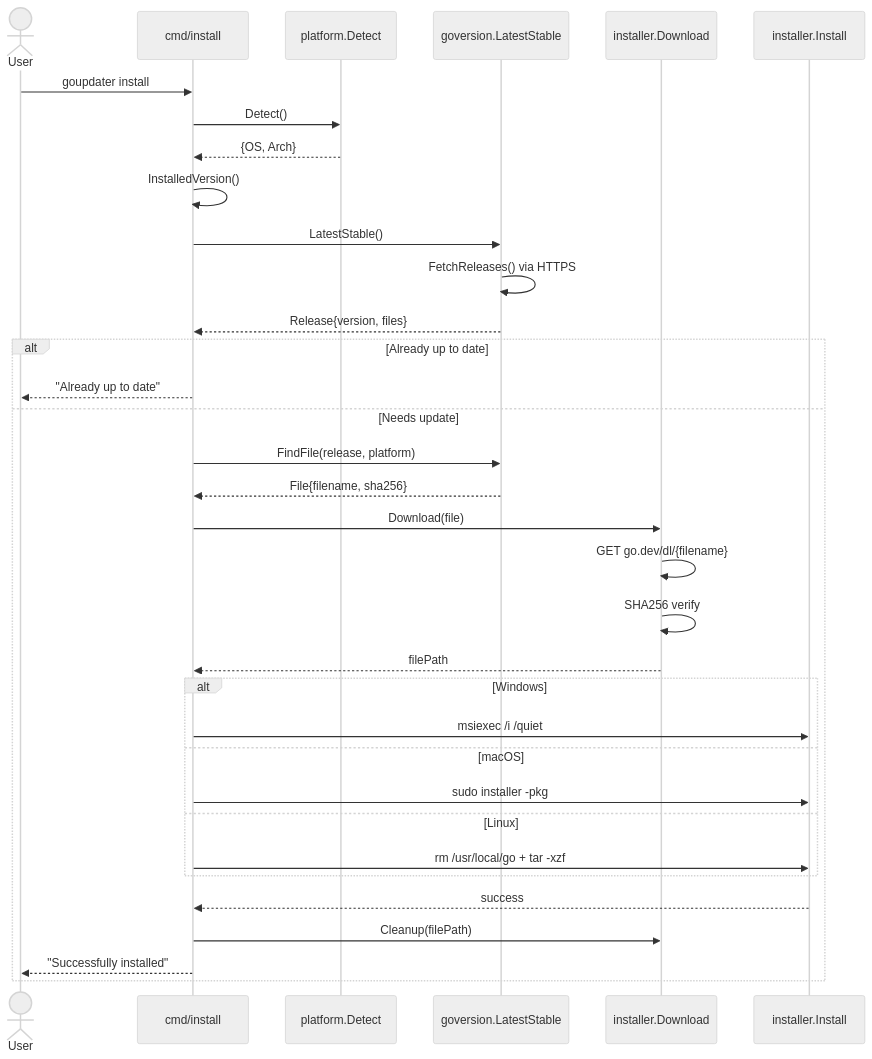
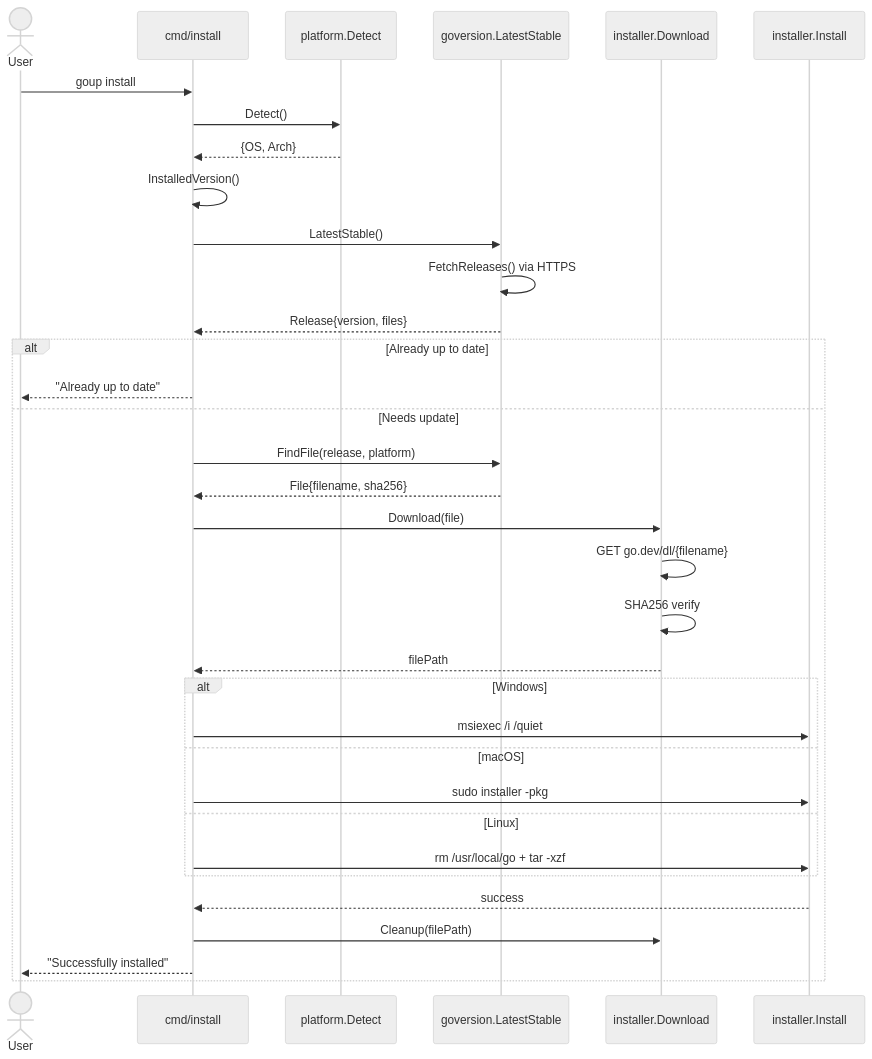
One commit to inovacc/goup changed the second of 2 diagrams in docs/ARCHITECTURE.md. Above: the diagram before and after it, drawn with Mermaid (neutral theme). The commit also changed 15 other files, not shown here.

First line of the commit message:
refactor: rename project from goupdater to goup

````diff
--- a/docs/ARCHITECTURE.md
+++ b/docs/ARCHITECTURE.md
@@ -57,41 +57,41 @@
 ```mermaid
 sequenceDiagram
     actor User
     participant CLI as cmd/install
     participant Platform as platform.Detect
     participant API as goversion.LatestStable
     participant DL as installer.Download
     participant Inst as installer.Install
 
-    User->>CLI: goupdater install
+    User->>CLI: goup install
     CLI->>Platform: Detect()
     Platform-->>CLI: {OS, Arch}
     CLI->>CLI: InstalledVersion()
 
     CLI->>API: LatestStable()
     API->>API: FetchReleases() via HTTPS
     API-->>CLI: Release{version, files}
 
     alt Already up to date
         CLI-->>User: "Already up to date"
     else Needs update
         CLI->>API: FindFile(release, platform)
         API-->>CLI: File{filename, sha256}
         CLI->>DL: Download(file)
         DL->>DL: GET go.dev/dl/{filename}
         DL->>DL: SHA256 verify
         DL-->>CLI: filePath
 
         alt Windows
             CLI->>Inst: msiexec /i /quiet
         else macOS
             CLI->>Inst: sudo installer -pkg
         else Linux
             CLI->>Inst: rm /usr/local/go + tar -xzf
         end
 
         Inst-->>CLI: success
         CLI->>DL: Cleanup(filePath)
         CLI-->>User: "Successfully installed"
     end
 ```
````
